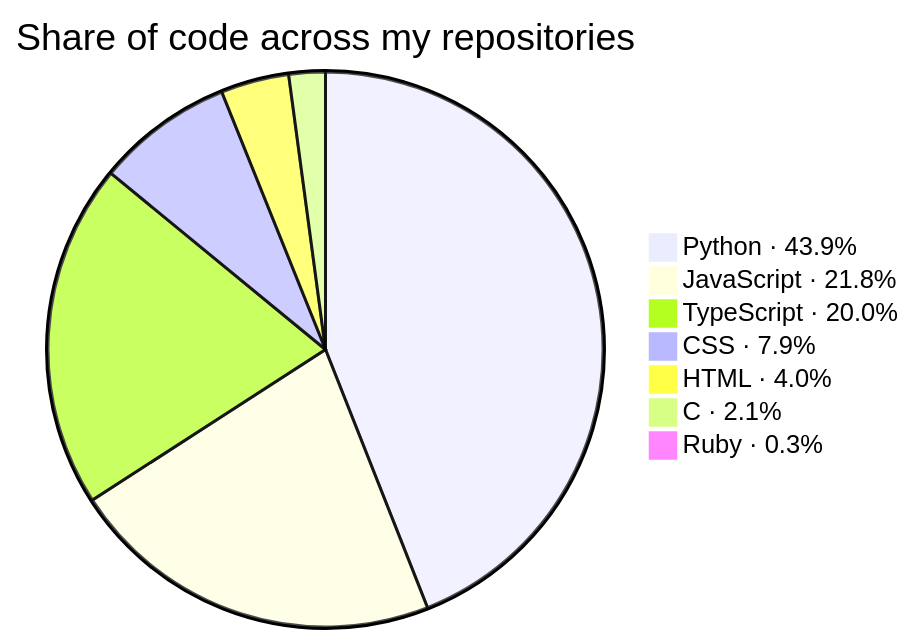
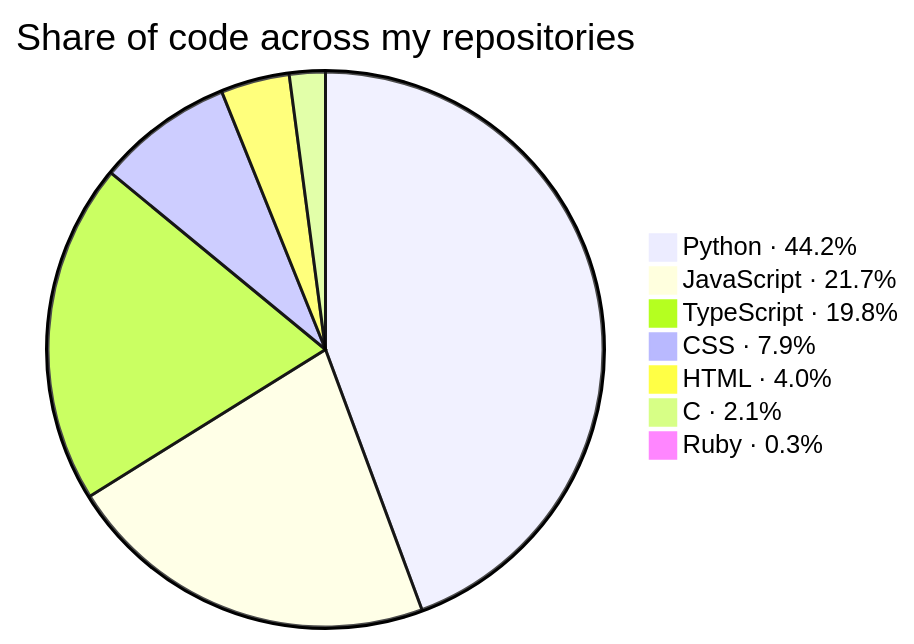
One commit to KathFK1234/KathFK1234 changed the second of 3 diagrams in README.md. Above: the diagram before and after it, drawn with Mermaid. The commit also changed other lines of this file and 5 other files, not shown here.

````diff
--- a/README.md
+++ b/README.md
@@ -109,11 +109,11 @@
 ```mermaid
 %%{init: {"themeVariables": {"pieSectionTextSize": "0px"}}}%%
 pie title Share of code across my repositories
-    "Python · 43.9%" : 1300.0
-    "JavaScript · 21.8%" : 645.8
-    "TypeScript · 20.0%" : 592.9
-    "CSS · 7.9%" : 235.2
-    "HTML · 4.0%" : 117.3
+    "Python · 44.2%" : 1329.1
+    "JavaScript · 21.7%" : 652.9
+    "TypeScript · 19.8%" : 594.2
+    "CSS · 7.9%" : 238.1
+    "HTML · 4.0%" : 119.8
     "C · 2.1%" : 62.7
     "Ruby · 0.3%" : 10.1
 ```
````
